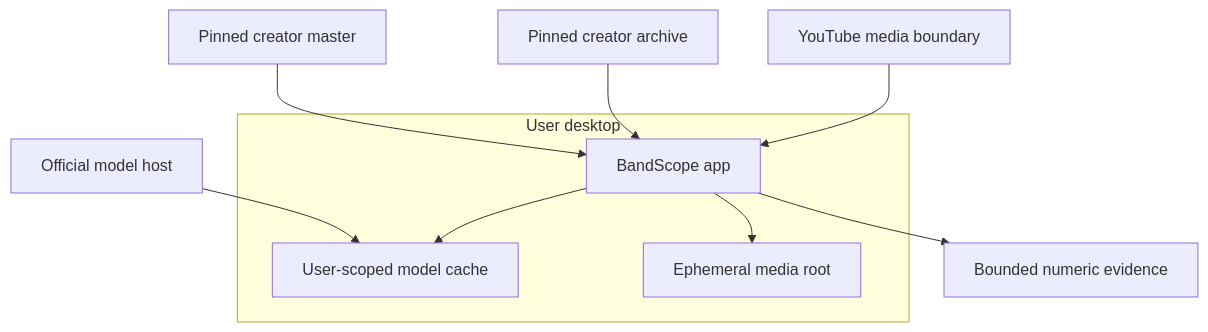
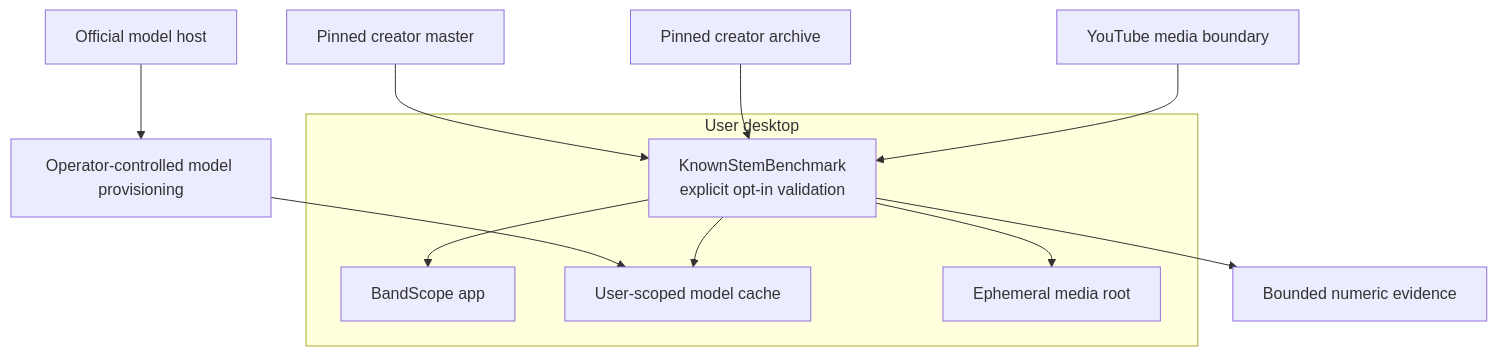
The sixth of 7 diagrams in docs/architecture/diagrams.md (ContextualWisdomLab/bandscope), drawn with Mermaid before and after one commit. The commit also changed other lines of this file and 30 other files, not shown here.

````diff
--- a/docs/architecture/diagrams.md
+++ b/docs/architecture/diagrams.md
@@ -121,15 +121,18 @@
 ```mermaid
 flowchart TB
     subgraph Desktop["User desktop"]
       App["BandScope app"]
+      Benchmark["KnownStemBenchmark<br/>explicit opt-in validation"]
       Cache["User-scoped model cache"]
       Temp["Ephemeral media root"]
-      App --> Cache
-      App --> Temp
+      Benchmark --> App
+      Benchmark --> Cache
+      Benchmark --> Temp
     end
-    YouTube["YouTube media boundary"] --> App
-    Source["Pinned creator archive"] --> App
-    Master["Pinned creator master"] --> App
-    Model["Official model host"] --> Cache
-    App --> Evidence["Bounded numeric evidence"]
+    YouTube["YouTube media boundary"] --> Benchmark
+    Source["Pinned creator archive"] --> Benchmark
+    Master["Pinned creator master"] --> Benchmark
+    Provisioner["Operator-controlled model provisioning"] --> Cache
+    Model["Official model host"] --> Provisioner
+    Benchmark --> Evidence["Bounded numeric evidence"]
 ```
````
